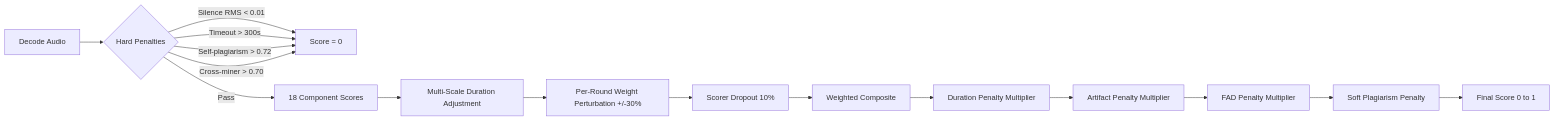
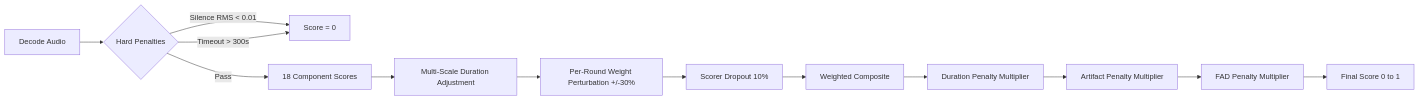
One commit to borgg-dev/tuneforge changed the third of 4 diagrams in docs/setup.md. Above: the diagram before and after it, drawn with Mermaid. The commit also changed other lines of this file and 8 other files, not shown here.

````diff
--- a/docs/setup.md
+++ b/docs/setup.md
@@ -140,18 +140,15 @@
 ```mermaid
 flowchart LR
     A[Decode Audio] --> B{Hard Penalties}
     B -->|Silence RMS < 0.01| Z[Score = 0]
     B -->|Timeout > 300s| Z
-    B -->|Self-plagiarism > 0.72| Z
-    B -->|Cross-miner > 0.70| Z
     B -->|Pass| C[18 Component Scores]
     C --> D[Multi-Scale Duration Adjustment]
     D --> E[Per-Round Weight Perturbation +/-30%]
     E --> F[Scorer Dropout 10%]
     F --> G[Weighted Composite]
     G --> H[Duration Penalty Multiplier]
     H --> I[Artifact Penalty Multiplier]
     I --> J[FAD Penalty Multiplier]
-    J --> K[Soft Plagiarism Penalty]
-    K --> L[Final Score 0 to 1]
+    J --> K[Final Score 0 to 1]
 ```
````
